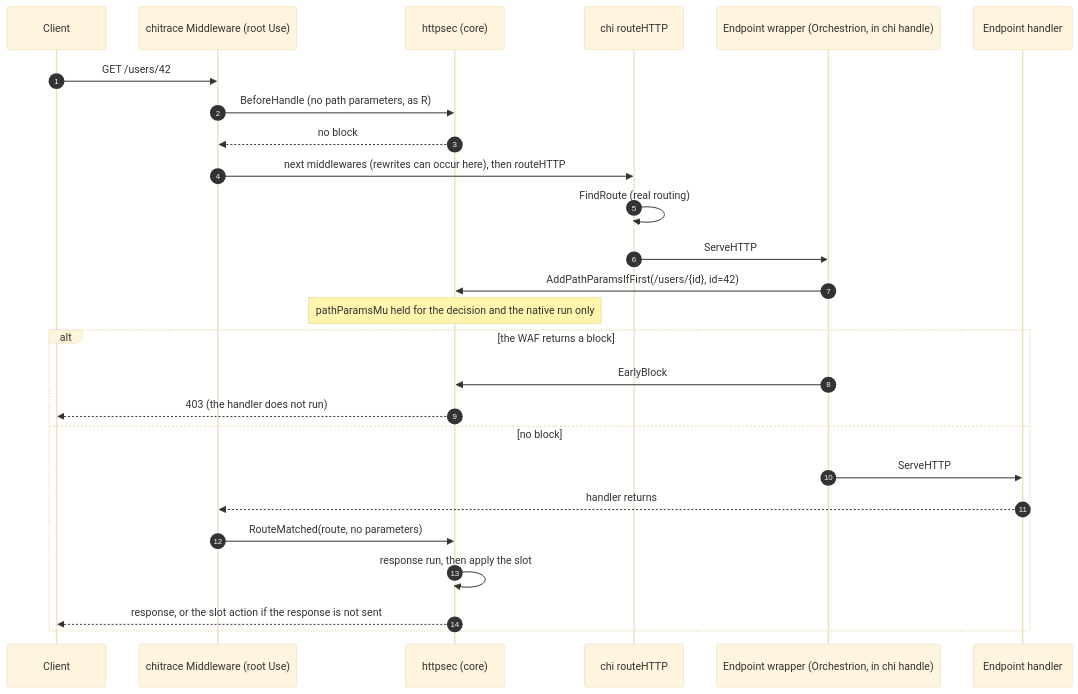
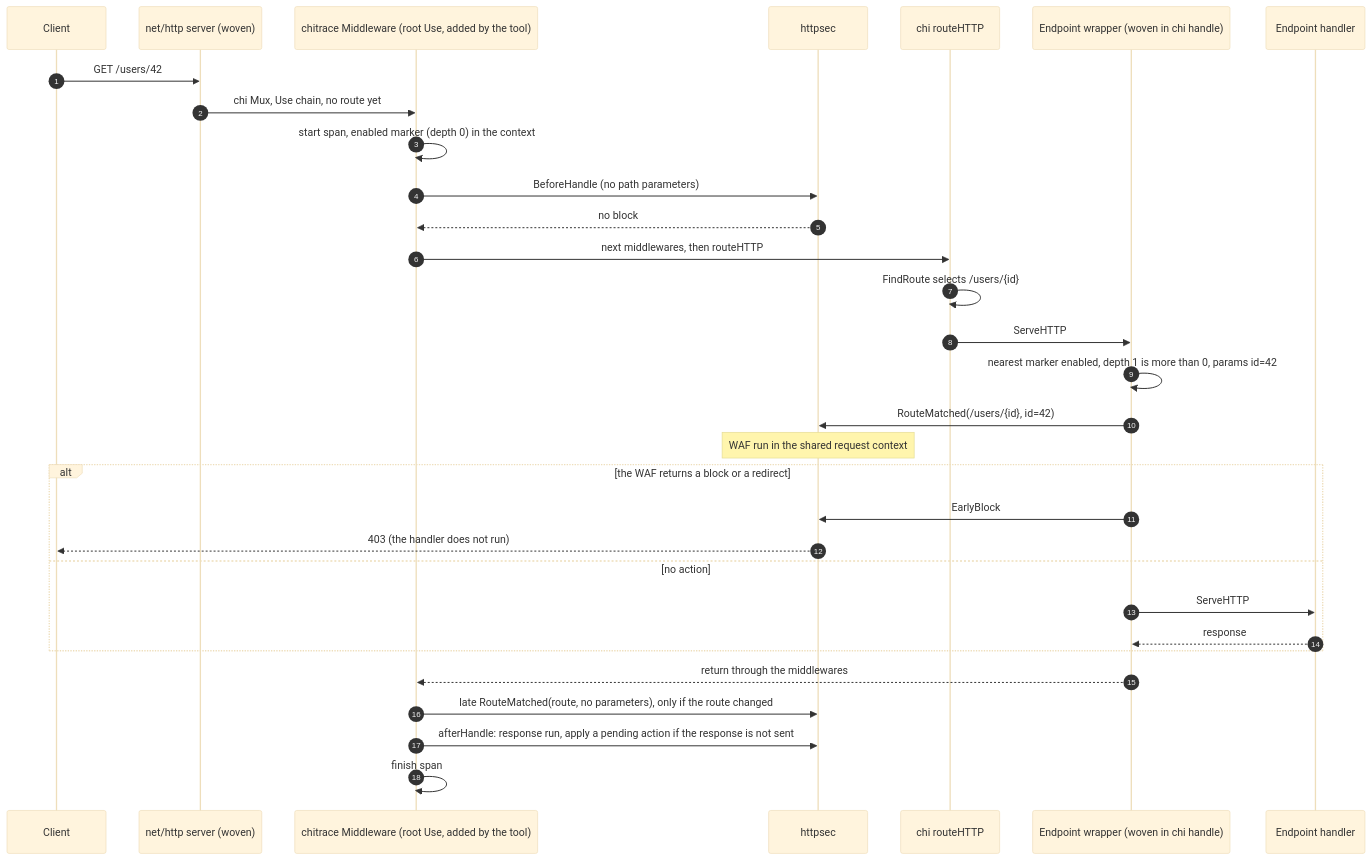
Before and after one commit to DataDog/dd-trace-go: the diagram in contrib/go-chi/chi.v5/DESIGN-appsec-path-params.md, drawn with Mermaid (base theme). The commit also changed other lines of this file, not shown here.

First line of the commit message:
docs(contrib/go-chi): update AppSec hook proposal

````diff
--- a/contrib/go-chi/chi.v5/DESIGN-appsec-path-params.md
+++ b/contrib/go-chi/chi.v5/DESIGN-appsec-path-params.md
@@ -723,28 +281,33 @@
 ```mermaid
 sequenceDiagram
     autonumber
     participant C as Client
-    participant T as chitrace Middleware (root Use)
-    participant H as httpsec (core)
+    participant S as net/http server (woven)
+    participant T as chitrace Middleware (root Use, added by the tool)
+    participant H as httpsec
     participant R as chi routeHTTP
-    participant X as Endpoint wrapper (Orchestrion, in chi handle)
+    participant X as Endpoint wrapper (woven in chi handle)
     participant E as Endpoint handler
-    C->>T: GET /users/42
-    T->>H: BeforeHandle (no path parameters, as R)
+    C->>S: GET /users/42
+    S->>T: chi Mux, Use chain, no route yet
+    T->>T: start span, enabled marker (depth 0) in the context
+    T->>H: BeforeHandle (no path parameters)
     H-->>T: no block
-    T->>R: next middlewares (rewrites can occur here), then routeHTTP
-    R->>R: FindRoute (real routing)
+    T->>R: next middlewares, then routeHTTP
+    R->>R: FindRoute selects /users/{id}
     R->>X: ServeHTTP
-    X->>H: AddPathParamsIfFirst(/users/{id}, id=42)
-    Note over H: pathParamsMu held for the decision and the native run only
-    alt the WAF returns a block
+    X->>X: nearest marker enabled, depth 1 is more than 0, params id=42
+    X->>H: RouteMatched(/users/{id}, id=42)
+    Note over H: WAF run in the shared request context
+    alt the WAF returns a block or a redirect
         X->>H: EarlyBlock
         H-->>C: 403 (the handler does not run)
-    else no block
+    else no action
         X->>E: ServeHTTP
-        E-->>T: handler returns
-        T->>H: RouteMatched(route, no parameters)
-        H->>H: response run, then apply the slot
-        H-->>C: response, or the slot action if the response is not sent
+        E-->>X: response
     end
+    X-->>T: return through the middlewares
+    T->>H: late RouteMatched(route, no parameters), only if the route changed
+    T->>H: afterHandle: response run, apply a pending action if the response is not sent
+    T->>T: finish span
 ```
````
